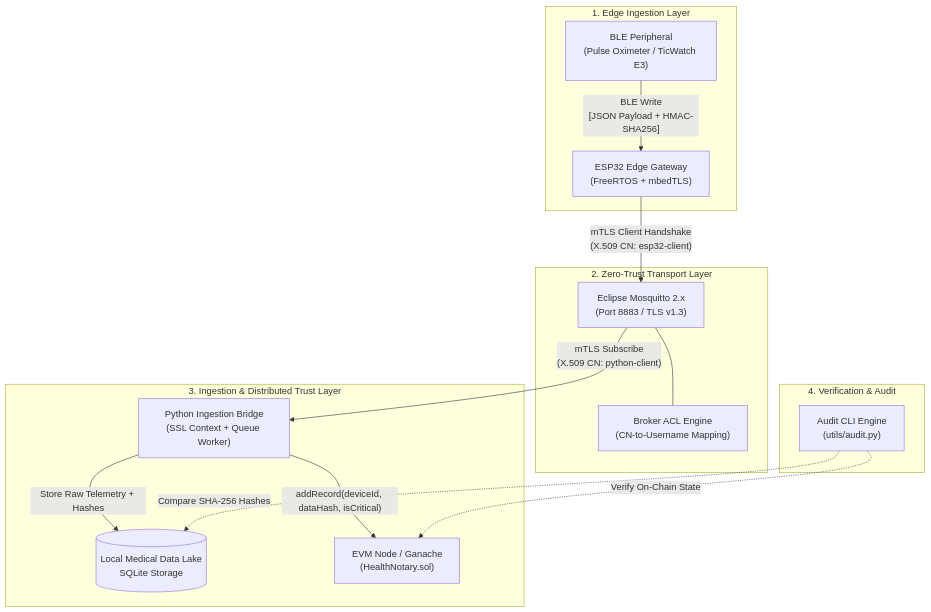
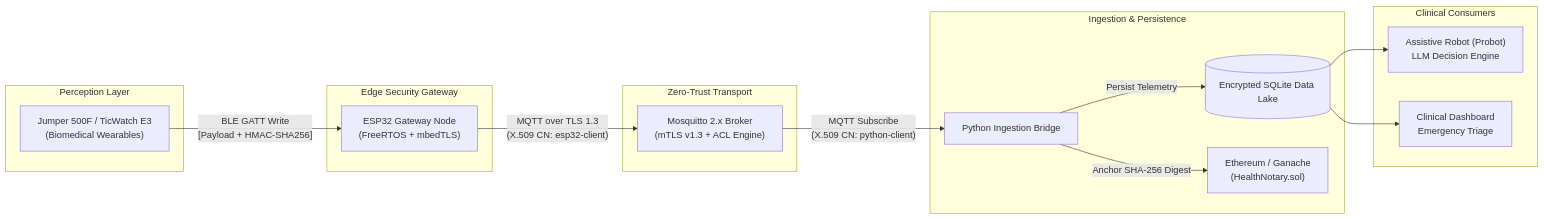
The first of 4 diagrams in README.md (kappino/IOT_SEC_CARE_Gateway), drawn with Mermaid before and after one commit. The commit also changed other lines of this file and 1 other file, not shown here.

Commit message:
docs: integrate C.A.R.E. presentation data, empirical attack logs, misuse case model and add presentation PDF

````diff
--- a/README.md
+++ b/README.md
@@ -18,31 +26,33 @@
 ```mermaid
-flowchart TD
-    subgraph Tier1["1. Edge Ingestion Layer"]
-        BLE["BLE Peripheral<br/>(Pulse Oximeter / TicWatch E3)"]
-        ESP32["ESP32 Edge Gateway<br/>(FreeRTOS + mbedTLS)"]
-        BLE -->|"BLE Write<br/>[JSON Payload + HMAC-SHA256]"| ESP32
+flowchart LR
+    subgraph Sensors["Perception Layer"]
+        Oximeter["Jumper 500F / TicWatch E3<br/>(Biomedical Wearables)"]
     end
 
-    subgraph Tier2["2. Zero-Trust Transport Layer"]
-        Broker["Eclipse Mosquitto 2.x<br/>(Port 8883 / TLS v1.3)"]
-        ACL["Broker ACL Engine<br/>(CN-to-Username Mapping)"]
-        ESP32 -->|"mTLS Client Handshake<br/>(X.509 CN: esp32-client)"| Broker
-        Broker --- ACL
+    subgraph Edge["Edge Security Gateway"]
+        ESP32["ESP32 Gateway Node<br/>(FreeRTOS + mbedTLS)"]
     end
 
-    subgraph Tier3["3. Ingestion & Distributed Trust Layer"]
-        Bridge["Python Ingestion Bridge<br/>(SSL Context + Queue Worker)"]
-        DB[(Local Medical Data Lake<br/>SQLite Storage)]
-        EVM["EVM Node / Ganache<br/>(HealthNotary.sol)"]
-
-        Broker -->|"mTLS Subscribe<br/>(X.509 CN: python-client)"| Bridge
-        Bridge -->|"Store Raw Telemetry + Hashes"| DB
-        Bridge -->|"addRecord(deviceId, dataHash, isCritical)"| EVM
+    subgraph Broker["Zero-Trust Transport"]
+        Mosquitto["Mosquitto 2.x Broker<br/>(mTLS v1.3 + ACL Engine)"]
     end
 
-    subgraph Tier4["4. Verification & Audit"]
-        Auditor["Audit CLI Engine<br/>(utils/audit.py)"]
-        Auditor -.->|"Compare SHA-256 Hashes"| DB
-        Auditor -.->|"Verify On-Chain State"| EVM
+    subgraph Cloud["Ingestion & Persistence"]
+        Bridge["Python Ingestion Bridge"]
+        DB[(Encrypted SQLite Data Lake)]
+        EVM["Ethereum / Ganache<br/>(HealthNotary.sol)"]
     end
+
+    subgraph Consumers["Clinical Consumers"]
+        Robot["Assistive Robot (Probot)<br/>LLM Decision Engine"]
+        Doctor["Clinical Dashboard<br/>Emergency Triage"]
+    end
+
+    Oximeter -->|"BLE GATT Write<br/>[Payload + HMAC-SHA256]"| ESP32
+    ESP32 -->|"MQTT over TLS 1.3<br/>(X.509 CN: esp32-client)"| Mosquitto
+    Mosquitto -->|"MQTT Subscribe<br/>(X.509 CN: python-client)"| Bridge
+    Bridge -->|"Persist Telemetry"| DB
+    Bridge -->|"Anchor SHA-256 Digest"| EVM
+    DB --> Robot
+    DB --> Doctor
 ```
````
